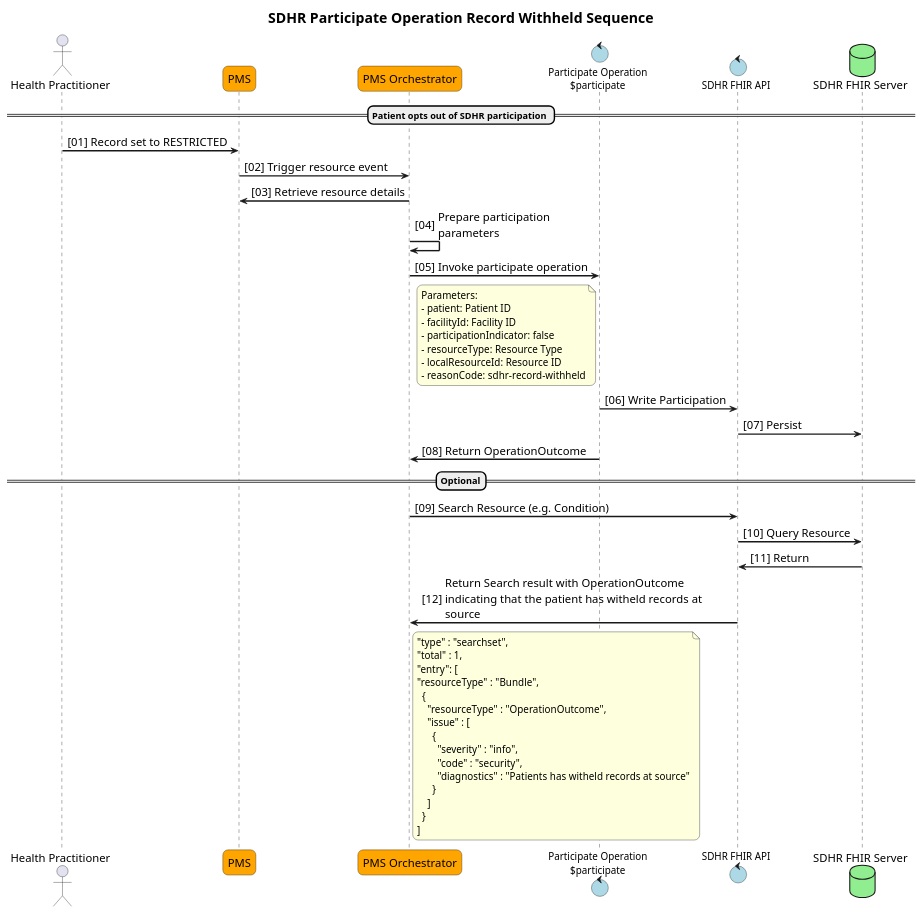
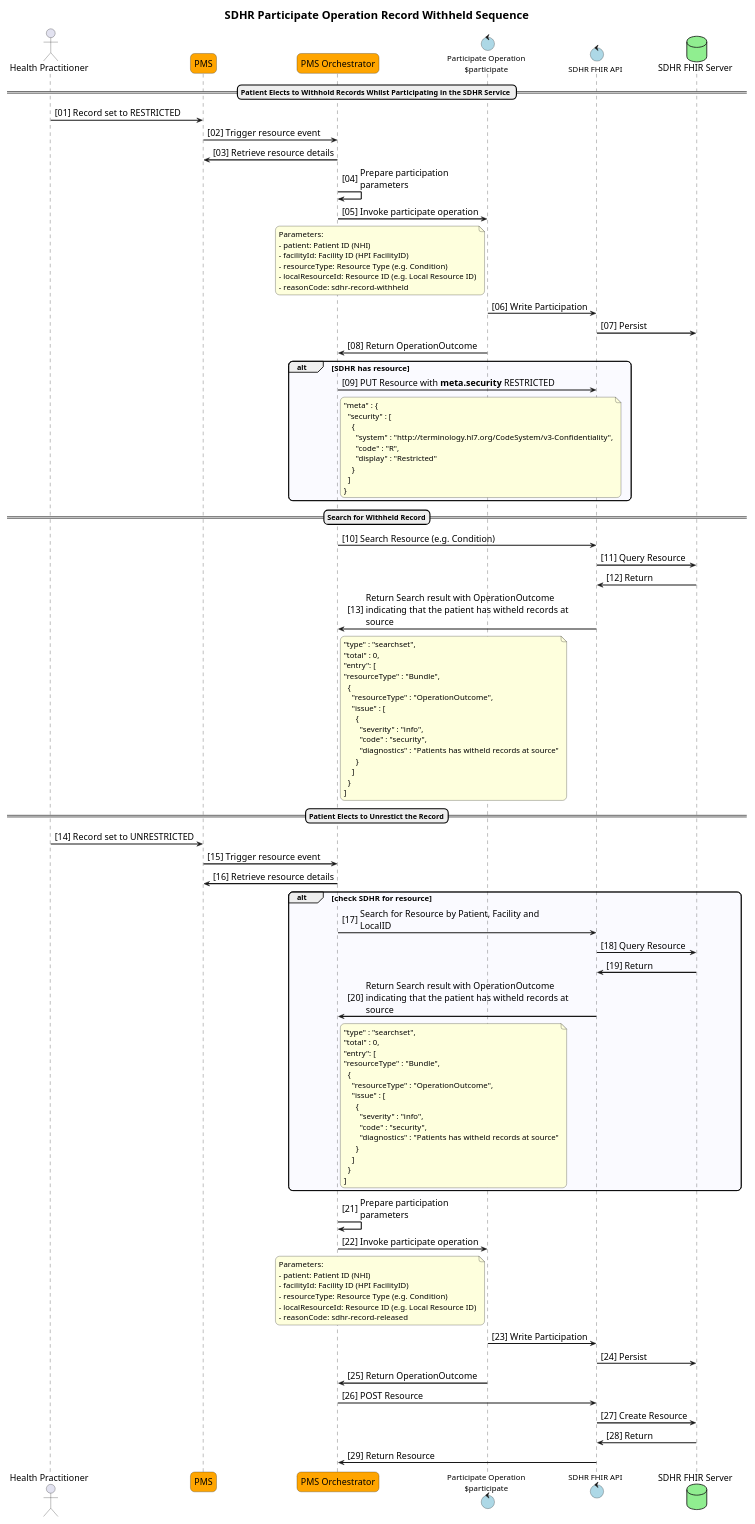
One commit to tewhatuora/fhir-sdhr changed the diagram in input/images-source/participate-sequence-pmsrecordwithheld.plantuml. Above: the diagram before and after it, drawn with PlantUML. The commit also changed 9 other files, not shown here.

```diff
--- a/input/images-source/participate-sequence-pmsrecordwithheld.plantuml
+++ b/input/images-source/participate-sequence-pmsrecordwithheld.plantuml
@@ -1,82 +1,139 @@
 @startuml
 
 title SDHR Participate Operation Record Withheld Sequence
 
 autonumber "<color:Black>[00]"
 
 skinparam ActorFontSize 16
 skinparam ArrowFontSize 12
 skinparam ArrowFontSize 16
 skinparam BoxPadding 5
 skinparam DatabaseFontSize 16
 skinparam dpi 400
 skinparam EntityFontSize 16
 skinparam MaxMessageSize 375
 skinparam NoteFontSize 14
 skinparam ParticipantFontSize 16
 skinparam ParticipantPadding 5
 skinparam responseMessageBelowArrow true
 skinparam roundcorner 15
 skinparam sequenceArrowThickness 2
 skinparam SequenceBoxFontSize 16
 skinparam sequencegroupfontsize 14
 skinparam SequenceMessageAlignment left
 skinparam sequenceStyle uml2
 skinparam TitleFontSize 20
 ' semi-transparent sequence groups!
 ' see https://sarafian.github.io/tips/2021/03/11/plantuml-tips-tricks-1.html#:~:text=responseMessageBelowArrow-,Semi,-transparent%20group%20backgrounds
 skinparam SequenceGroupBodyBackgroundColor #EEEEFF50
 
 scale max 400 width
 scale 300*500
 
 actor "Health Practitioner" as USER
 participant "PMS" as APIC #Orange
 participant "PMS Orchestrator" as ORCHESTRATOR #Orange
 control "Participate Operation\n$participate" as PARTICIPATE #LightBlue
 control "SDHR FHIR API" as FHIRAPI #LightBlue
 database "SDHR FHIR Server" as SDHR #LightGreen
 
-== Patient opts out of SDHR participation ==
+== Patient Elects to Withhold Records Whilst Participating in the SDHR Service ==
 USER -> APIC : Record set to RESTRICTED
 APIC -> ORCHESTRATOR : Trigger resource event
 ORCHESTRATOR -> APIC : Retrieve resource details
 ORCHESTRATOR -> ORCHESTRATOR : Prepare participation\nparameters
 ORCHESTRATOR -> PARTICIPATE : Invoke participate operation
 note left of PARTICIPATE
   Parameters:
-  - patient: Patient ID
-  - facilityId: Facility ID
-  - participationIndicator: false
-  - resourceType: Resource Type
-  - localResourceId: Resource ID
+  - patient: Patient ID (NHI)
+  - facilityId: Facility ID (HPI FacilityID)
+  - resourceType: Resource Type (e.g. Condition)
+  - localResourceId: Resource ID (e.g. Local Resource ID)
   - reasonCode: sdhr-record-withheld
 end note
 PARTICIPATE -> FHIRAPI : Write Participation
 FHIRAPI -> SDHR : Persist
 PARTICIPATE -> ORCHESTRATOR : Return OperationOutcome
-
-==Optional==
+alt SDHR has resource
+  ORCHESTRATOR -> FHIRAPI : PUT Resource with **meta.security** RESTRICTED
+  note right of ORCHESTRATOR
+    "meta" : {
+      "security" : [
+        {
+          "system" : "http://terminology.hl7.org/CodeSystem/v3-Confidentiality",
+          "code" : "R",
+          "display" : "Restricted"
+        }
+      ]
+    }
+  end note
+end
+==Search for Withheld Record==
 ORCHESTRATOR -> FHIRAPI : Search Resource (e.g. Condition)
 FHIRAPI -> SDHR : Query Resource
 SDHR -> FHIRAPI : Return
 FHIRAPI -> ORCHESTRATOR : Return Search result with OperationOutcome\nindicating that the patient has witheld records at source
 note right of ORCHESTRATOR
   "type" : "searchset",
-  "total" : 1,
+  "total" : 0,
   "entry": [
   "resourceType" : "Bundle",
     {
       "resourceType" : "OperationOutcome",
       "issue" : [
         {
           "severity" : "info",
           "code" : "security",
           "diagnostics" : "Patients has witheld records at source"
         }
       ]
     }
   ]
 end note
 
+==Patient Elects to Unrestict the Record==
+
+USER -> APIC : Record set to UNRESTRICTED
+APIC -> ORCHESTRATOR : Trigger resource event
+ORCHESTRATOR -> APIC : Retrieve resource details
+alt check SDHR for resource
+  ORCHESTRATOR -> FHIRAPI : Search for Resource by Patient, Facility and LocalID
+  FHIRAPI -> SDHR : Query Resource
+  SDHR -> FHIRAPI : Return
+  FHIRAPI -> ORCHESTRATOR : Return Search result with OperationOutcome\nindicating that the patient has witheld records at source
+  note right of ORCHESTRATOR
+    "type" : "searchset",
+    "total" : 0,
+    "entry": [
+    "resourceType" : "Bundle",
+      {
+        "resourceType" : "OperationOutcome",
+        "issue" : [
+          {
+            "severity" : "info",
+            "code" : "security",
+            "diagnostics" : "Patients has witheld records at source"
+          }
+        ]
+      }
+    ]
+  end note
+end
+ORCHESTRATOR -> ORCHESTRATOR : Prepare participation\nparameters
+ORCHESTRATOR -> PARTICIPATE : Invoke participate operation
+note left of PARTICIPATE
+  Parameters:
+  - patient: Patient ID (NHI)
+  - facilityId: Facility ID (HPI FacilityID)
+  - resourceType: Resource Type (e.g. Condition)
+  - localResourceId: Resource ID (e.g. Local Resource ID)
+  - reasonCode: sdhr-record-released
+end note
+PARTICIPATE -> FHIRAPI : Write Participation
+FHIRAPI -> SDHR : Persist
+PARTICIPATE -> ORCHESTRATOR : Return OperationOutcome
+ORCHESTRATOR -> FHIRAPI : POST Resource
+FHIRAPI -> SDHR : Create Resource
+SDHR -> FHIRAPI : Return
+FHIRAPI -> ORCHESTRATOR : Return Resource
 @enduml
```
